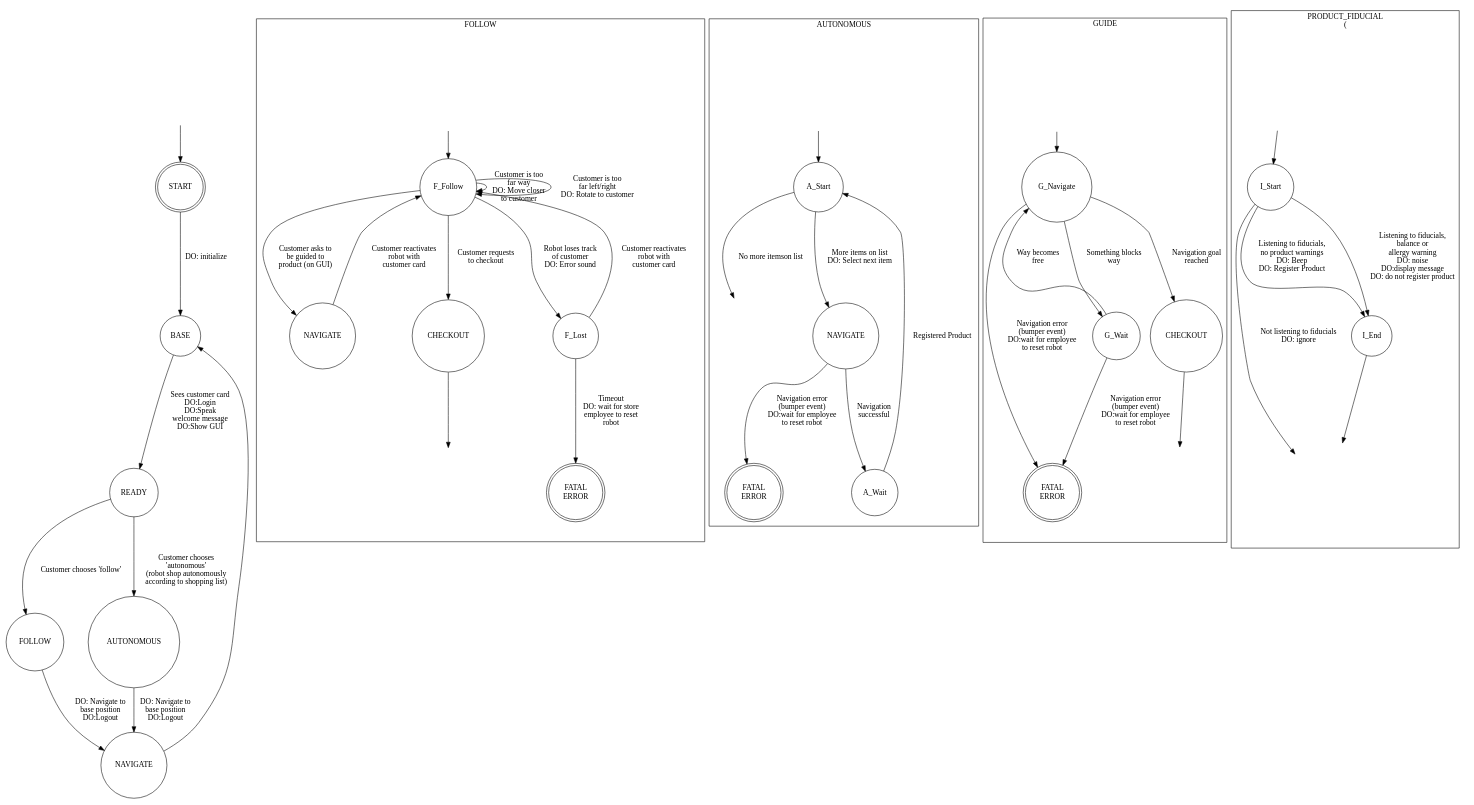
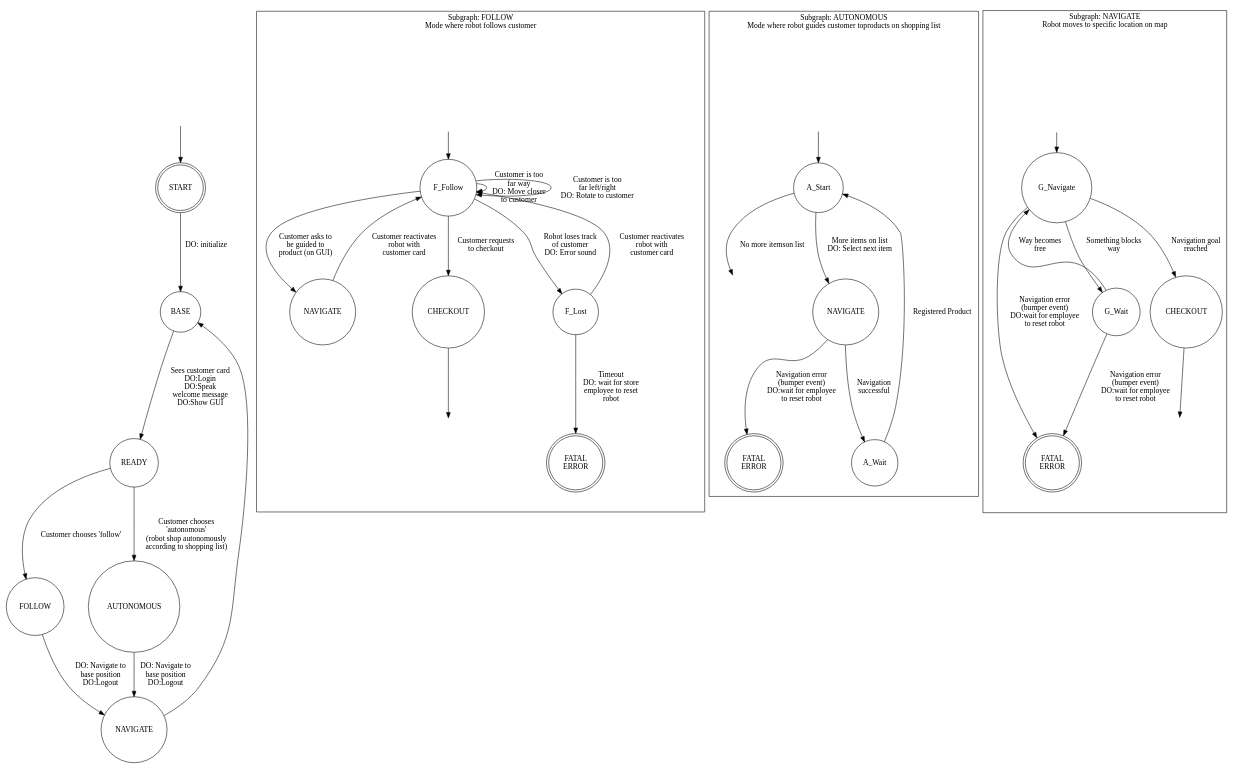
The diagram in fsm2.dot (s9wischu/uow_Botinator), drawn with Graphviz before and after one commit.

Commit message:
changes to fsm2.dot

```diff
--- a/fsm2.dot
+++ b/fsm2.dot
@@ -1,95 +1,84 @@
 digraph finite_state_machine {
     // VISUAL OPTIONS
     //  splines=line; // force straight line edges
 
     node [shape = doublecircle]; START; // indicate Base=start state
     node [shape = circle];
 
 
 
     // BASE
     
     start_invisible [ style=invis ]
     start_invisible -> START
     START -> BASE [ label = "DO: initialize" ];
     BASE -> READY [ label = "Sees customer card\nDO:Login\nDO:Speak\nwelcome message\nDO:Show GUI" ];
     READY -> FOLLOW [ label = "Customer chooses 'follow'" ];
     READY -> AUTONOMOUS [ label = "Customer chooses\n'autonomous'\n(robot shop autonomously\naccording to shopping list)" ];
     
     AUTONOMOUS, FOLLOW-> NAVIGATE [ label = "DO: Navigate to\n base position\nDO:Logout" ]
     NAVIGATE -> BASE
     
     // FOLLOW
     
     subgraph cluster_follow {
-        label = "FOLLOW";
+        label = "Subgraph: FOLLOW\nMode where robot follows customer";
         F_invisible_start [ style=invis ]
         F_invisible_end [ style=invis ]
         F_Error [shape=doublecircle]
         F_NAVIGATE [label="NAVIGATE"]
         F_Error [label="FATAL\nERROR"]
         F_Checkout [label="CHECKOUT"]
         
         
         F_invisible_start -> F_Follow
         F_Follow -> F_Follow [ label="Customer is too\nfar way\nDO: Move closer\n to customer" ]
         F_Follow -> F_Follow [ label="Customer is too\nfar left/right\nDO: Rotate to customer" ]
         F_Follow -> F_Lost [ label = "Robot loses track\nof customer\nDO: Error sound" ]
         F_Lost -> F_Follow [ label = "Customer reactivates\nrobot with\ncustomer card" ]
         F_Lost -> F_Error [ label = "Timeout\nDO: wait for store\nemployee to reset\nrobot" ]
         
         F_Follow -> F_NAVIGATE [ label = "Customer asks to\n be guided to\nproduct (on GUI)"]
         F_NAVIGATE -> F_Follow [ label = "Customer reactivates\nrobot with\ncustomer card"]
        
         F_Follow -> F_Checkout [ label = "Customer requests\nto checkout" ]
         F_Checkout -> F_invisible_end
         
         
     }
 
     // AUTOSHOPPER
     subgraph cluster_autoshop {
-        label = "AUTONOMOUS";
+        label = "Subgraph: AUTONOMOUS\nMode where robot guides customer toproducts on shopping list";
         A_invisible_start [ style=invis ]
         A_invisible_end [ style=invis ]
         A_Error [shape=doublecircle]
         A_Error [label="FATAL\nERROR"]
         A_invisible_start -> A_Start
         A_NAVIGATE [label="NAVIGATE"]
         A_Wait -> A_Start [ label="Registered Product" ]
         A_Start -> A_NAVIGATE [ label="More items on list\nDO: Select next item" ]
         A_NAVIGATE -> A_Wait [ label = "Navigation\nsuccessful" ];
         A_NAVIGATE -> A_Error  [ label = "Navigation error\n(bumper event)\nDO:wait for employee\nto reset robot" ];
         A_Start -> A_invisible_end [ label = "No more items\on list" ]
         
     }
     
     // GUIDE TO PRODUCT
     subgraph cluster_guide {
-        label = "GUIDE";
+        label = "Subgraph: NAVIGATE\nRobot moves to specific location on map";
         G_invisible_start [ style=invis ]
         G_invisible_end [ style=invis ]
         G_Error [label="FATAL\nERROR"]
         G_Error [shape=doublecircle]
         G_Checkout [label="CHECKOUT"]
         G_invisible_start -> G_Navigate 
         G_Navigate -> G_Wait [ label = "Something blocks\nway" ];
         G_Wait -> G_Navigate [ label = "Way becomes\nfree" ]; 
         G_Navigate, G_Wait -> G_Error  [ label = "Navigation error\n(bumper event)\nDO:wait for employee\nto reset robot" ];
         G_Navigate -> G_Checkout[ label = "Navigation goal\n reached" ]
         G_Checkout -> G_invisible_end
     }
-    
-    // ITEMDETECTION
-    subgraph cluster_itemregister {
-        label = "PRODUCT_FIDUCIAL\n (";
-        I_secret_node_in [style=invis]
-        I_secret_node_out [style=invis]
-        I_secret_node_in -> I_Start
-        I_Start -> I_secret_node_out [ label="Not listening to fiducials\nDO: ignore" ]
-        I_Start -> I_End [ label = "Listening to fiducials,\nno product warnings\nDO: Beep\nDO: Register Product"]
-        I_Start -> I_End [ label = "Listening to fiducials,\nbalance or\nallergy warning\nDO: noise\nDO:display message\nDO: do not register product" ];
-        I_End -> I_secret_node_out
-    }
+
     
 }
```
